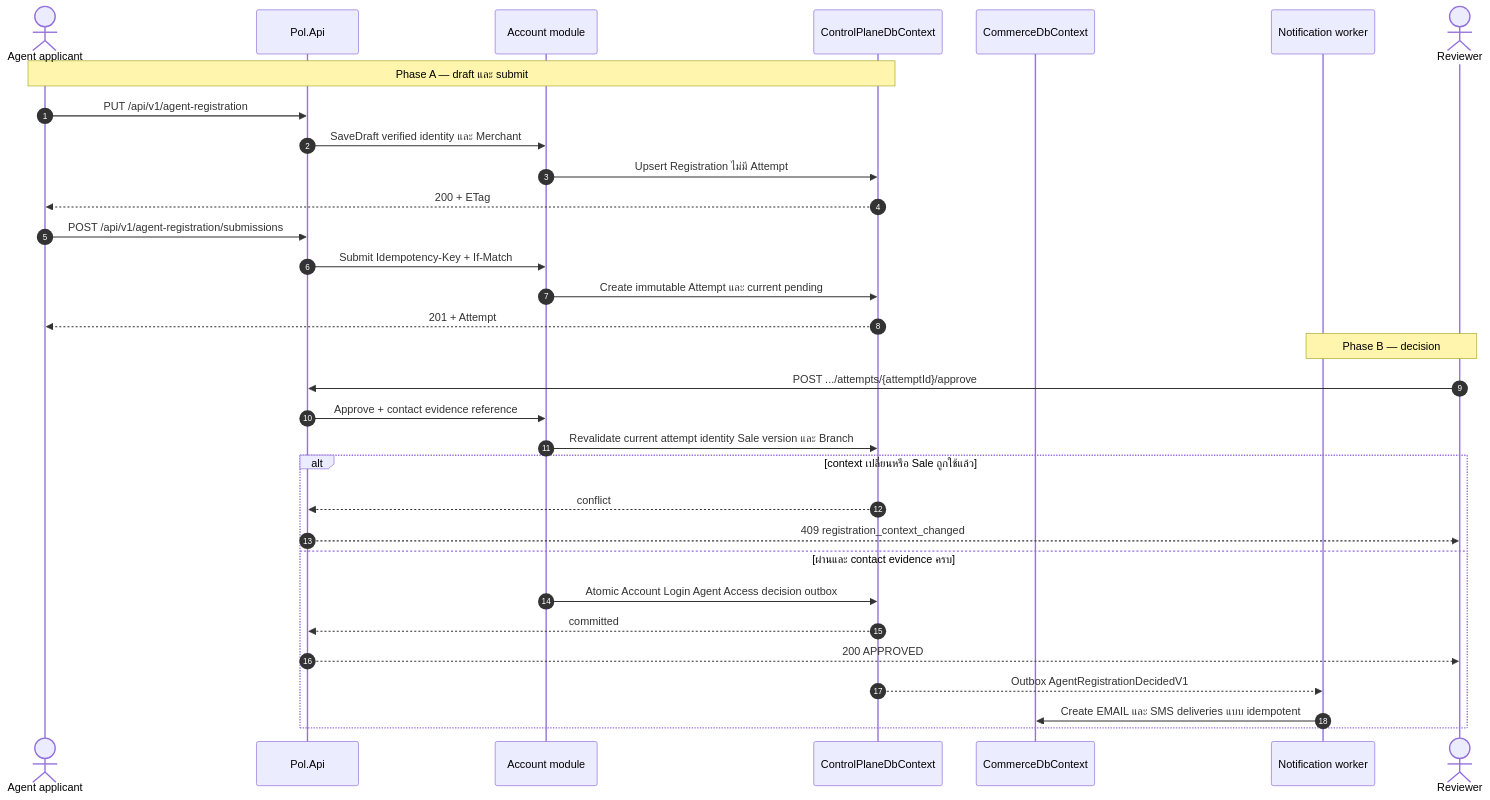
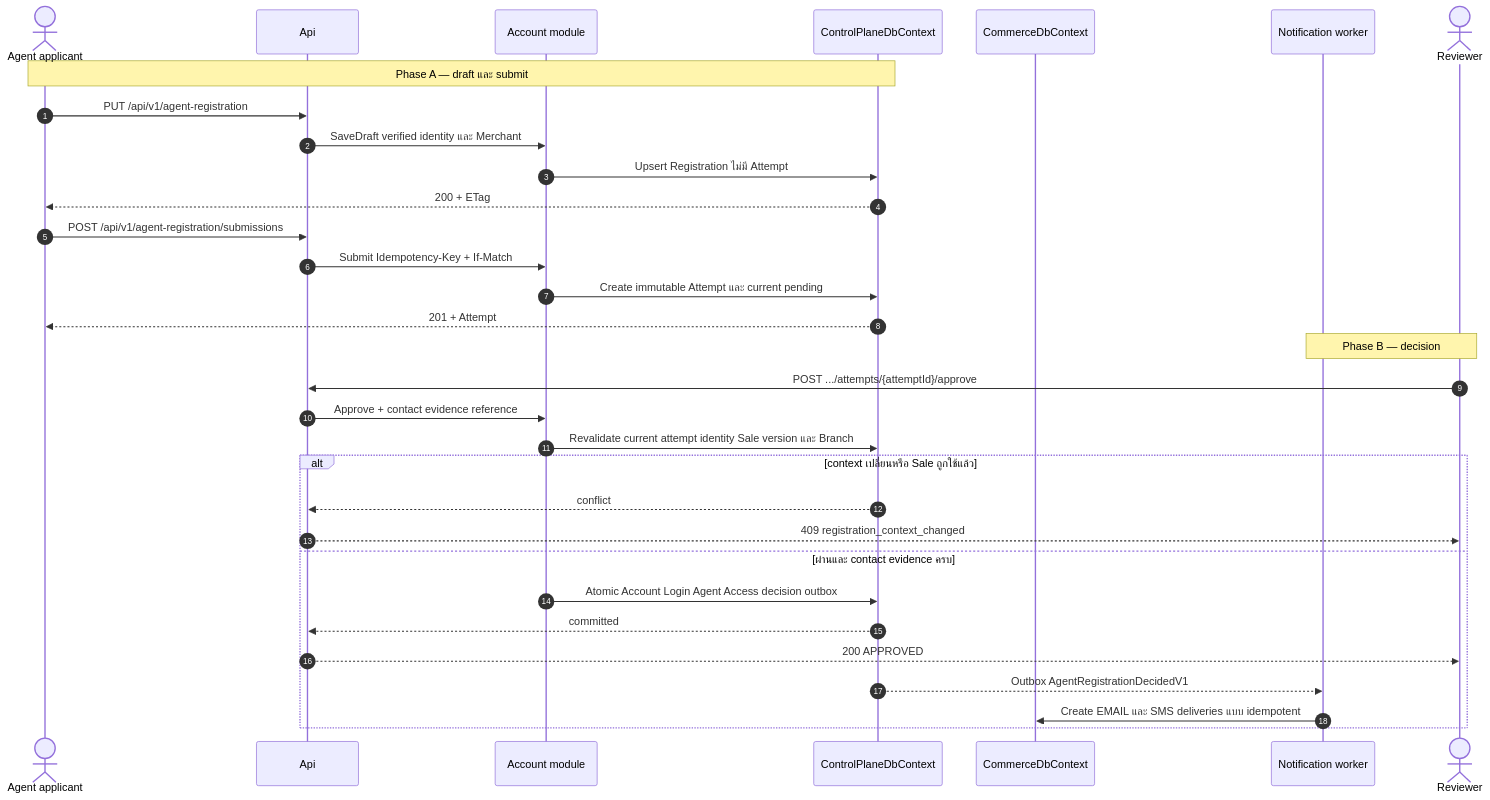
One commit to metrodiesign/pol-core changed the second of 7 diagrams in .ai/specs/platform-restructure-v1/design.md. Above: the diagram before and after it, drawn with Mermaid. The commit also changed other lines of this file and 1178 other files, not shown here.

````diff
--- a/.ai/specs/platform-restructure-v1/design.md
+++ b/.ai/specs/platform-restructure-v1/design.md
@@ -94,36 +94,36 @@
 ```mermaid
 sequenceDiagram
     autonumber
     actor A as Agent applicant
-    participant API as Pol.Api
+    participant API as Api
     participant ACC as Account module
     participant CP as ControlPlaneDbContext
     participant COM as CommerceDbContext
     participant N as Notification worker
     actor R as Reviewer
 
     Note over A,CP: Phase A — draft และ submit
     A->>API: PUT /api/v1/agent-registration
     API->>ACC: SaveDraft verified identity และ Merchant
     ACC->>CP: Upsert Registration ไม่มี Attempt
     CP-->>A: 200 + ETag
     A->>API: POST /api/v1/agent-registration/submissions
     API->>ACC: Submit Idempotency-Key + If-Match
     ACC->>CP: Create immutable Attempt และ current pending
     CP-->>A: 201 + Attempt
 
     Note over R,N: Phase B — decision
     R->>API: POST .../attempts/{attemptId}/approve
     API->>ACC: Approve + contact evidence reference
     ACC->>CP: Revalidate current attempt identity Sale version และ Branch
     alt context เปลี่ยนหรือ Sale ถูกใช้แล้ว
         CP-->>API: conflict
         API-->>R: 409 registration_context_changed
     else ผ่านและ contact evidence ครบ
         ACC->>CP: Atomic Account Login Agent Access decision outbox
         CP-->>API: committed
         API-->>R: 200 APPROVED
         CP-->>N: Outbox AgentRegistrationDecidedV1
         N->>COM: Create EMAIL และ SMS deliveries แบบ idempotent
     end
 ```
````
